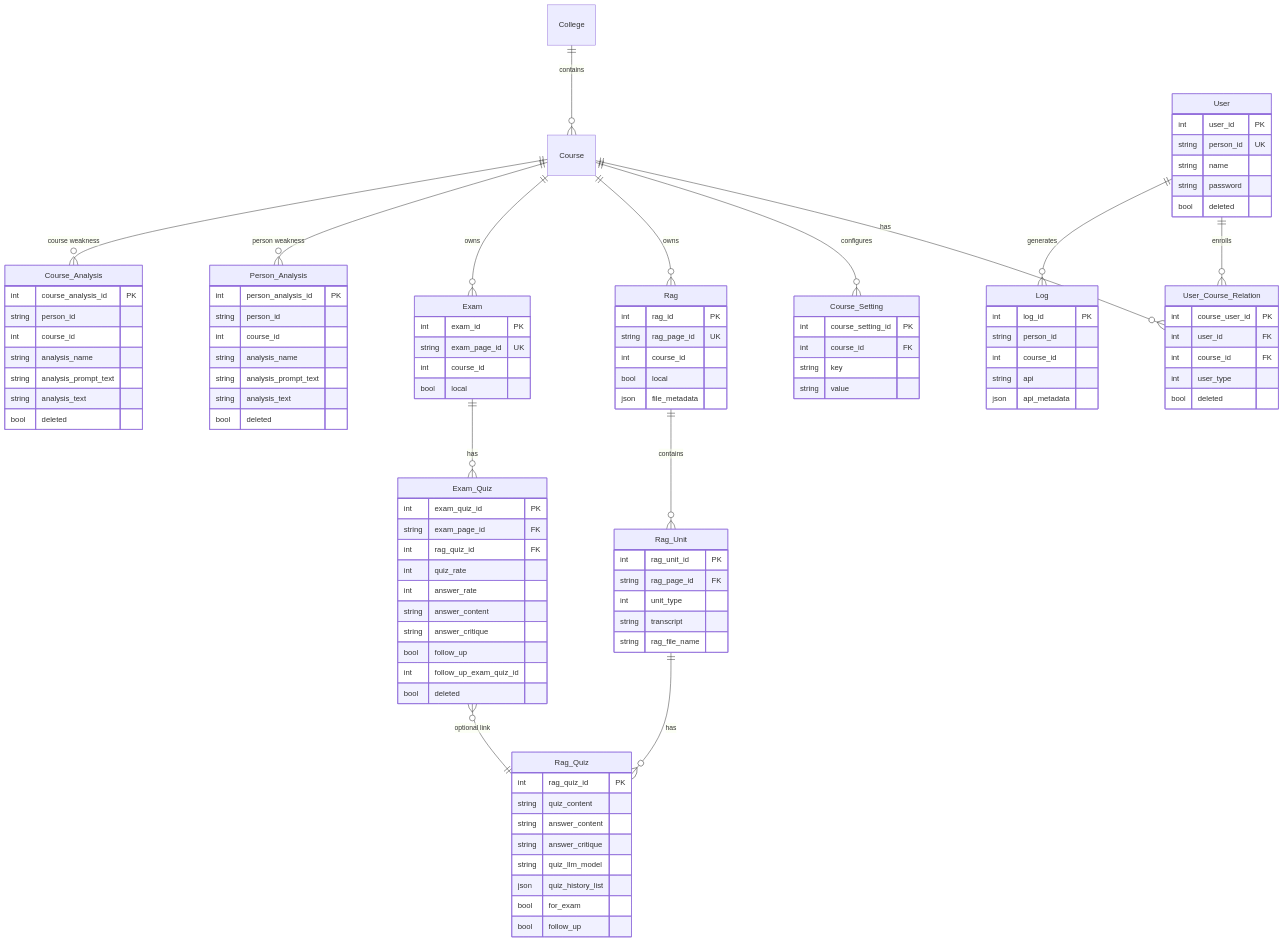
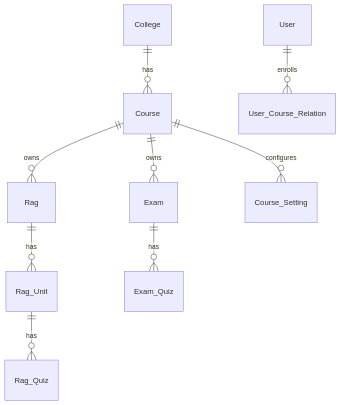
One commit to kevin7261/MyQuiz-ai-backend changed the third of 6 diagrams in README.md. Above: the diagram before and after it, drawn with Mermaid. The commit also changed other lines of this file and 5 other files, not shown here.

First line of the commit message:
Update README and Database Schema for Quiz Functionality Enhancements

````diff
--- a/README.md
+++ b/README.md
@@ -259,104 +388,11 @@
 ```mermaid
 erDiagram
-    College ||--o{ Course : contains
+    College ||--o{ Course : has
     User ||--o{ User_Course_Relation : enrolls
-    Course ||--o{ User_Course_Relation : has
-    Course ||--o{ Course_Setting : configures
     Course ||--o{ Rag : owns
-    Rag ||--o{ Rag_Unit : contains
+    Rag ||--o{ Rag_Unit : has
     Rag_Unit ||--o{ Rag_Quiz : has
     Course ||--o{ Exam : owns
     Exam ||--o{ Exam_Quiz : has
-    Exam_Quiz }o--|| Rag_Quiz : "optional link"
-    Course ||--o{ Person_Analysis : "person weakness"
-    Course ||--o{ Course_Analysis : "course weakness"
-    User ||--o{ Log : generates
-
-    User {
-        int user_id PK
-        string person_id UK
-        string name
-        string password
-        bool deleted
-    }
-    User_Course_Relation {
-        int course_user_id PK
-        int user_id FK
-        int course_id FK
-        int user_type
-        bool deleted
-    }
-    Rag {
-        int rag_id PK
-        string rag_page_id UK
-        int course_id
-        bool local
-        json file_metadata
-    }
-    Rag_Unit {
-        int rag_unit_id PK
-        string rag_page_id FK
-        int unit_type
-        string transcript
-        string rag_file_name
-    }
-    Rag_Quiz {
-        int rag_quiz_id PK
-        string quiz_content
-        string answer_content
-        string answer_critique
-        string quiz_llm_model
-        json quiz_history_list
-        bool for_exam
-        bool follow_up
-    }
-    Exam {
-        int exam_id PK
-        string exam_page_id UK
-        int course_id
-        bool local
-    }
-    Exam_Quiz {
-        int exam_quiz_id PK
-        string exam_page_id FK
-        int rag_quiz_id FK
-        int quiz_rate
-        int answer_rate
-        string answer_content
-        string answer_critique
-        bool follow_up
-        int follow_up_exam_quiz_id
-        bool deleted
-    }
-    Course_Setting {
-        int course_setting_id PK
-        int course_id FK
-        string key
-        string value
-    }
-    Person_Analysis {
-        int person_analysis_id PK
-        string person_id
-        int course_id
-        string analysis_name
-        string analysis_prompt_text
-        string analysis_text
-        bool deleted
-    }
-    Course_Analysis {
-        int course_analysis_id PK
-        string person_id
-        int course_id
-        string analysis_name
-        string analysis_prompt_text
-        string analysis_text
-        bool deleted
-    }
-    Log {
-        int log_id PK
-        string person_id
-        int course_id
-        string api
-        json api_metadata
-    }
+    Course ||--o{ Course_Setting : configures
 ```
````
